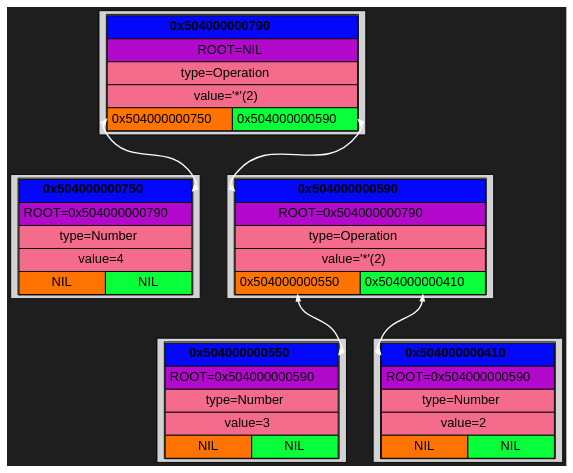
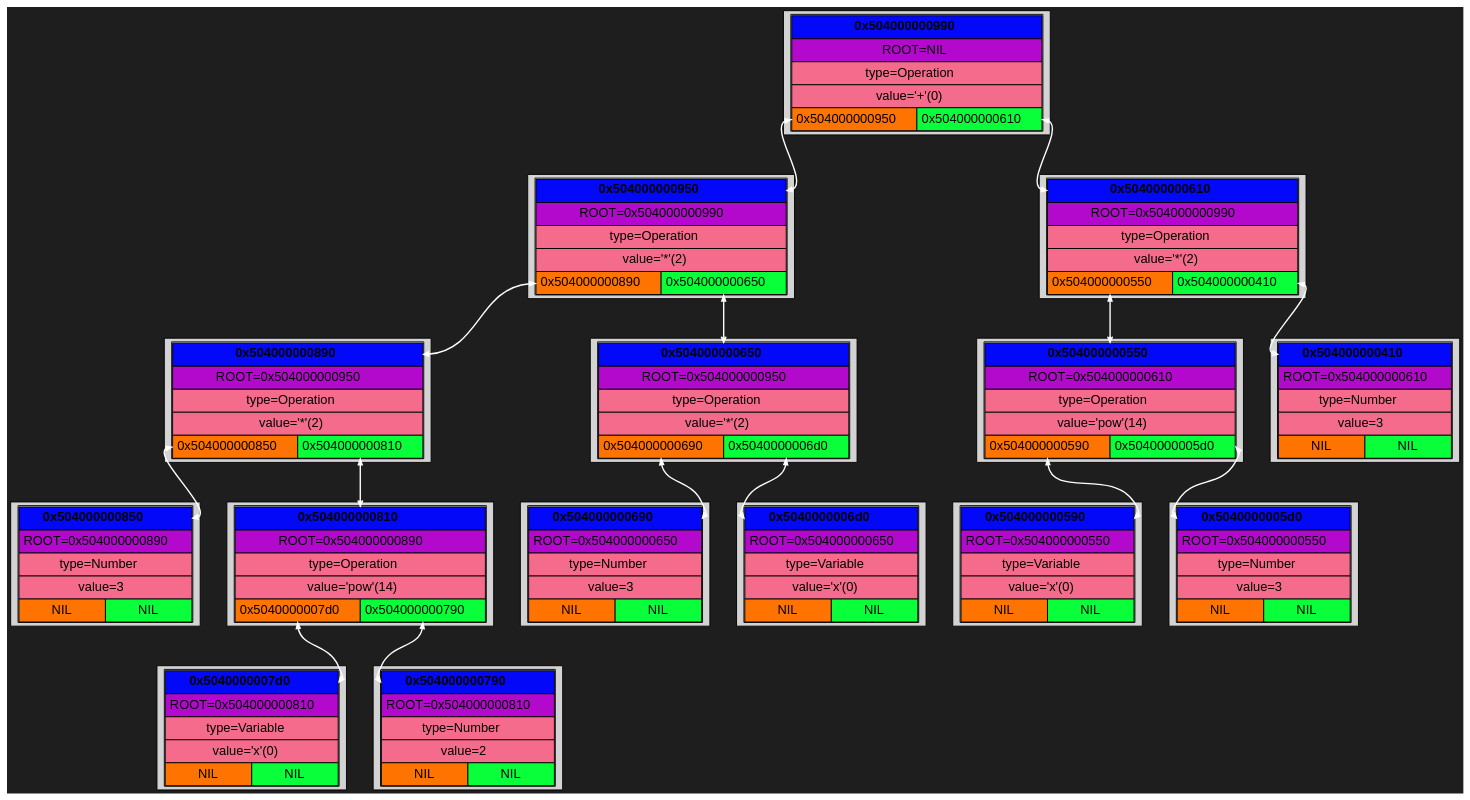
One commit to Kabuto-Mainer/Diff changed the diagram in Dump/graph.dot. Above: the diagram before and after it, drawn with Graphviz. The commit also changed 8 other files, not shown here.

```diff
--- a/Dump/graph.dot
+++ b/Dump/graph.dot
@@ -6,12 +6,132 @@
   node [shape=plaintext, style=filled, fontname="Helvetica"];
   edge [arrowhead=vee, arrowsize=0.6, penwidth=1.2];
 
-block_0x504000000750 [shape=box, label=<
+block_0x504000000850 [shape=box, label=<
 <TABLE CELLSPACING="0" CELLPADDING="4">
-<TR><TD PORT="root" BGCOLOR="#0308f9ff" COLSPAN="2"><B>0x504000000750</B></TD></TR>
-<TR><TD BGCOLOR="#b209ccff" COLSPAN="2">ROOT=0x504000000790</TD></TR>
+<TR><TD PORT="root" BGCOLOR="#0308f9ff" COLSPAN="2"><B>0x504000000850</B></TD></TR>
+<TR><TD BGCOLOR="#b209ccff" COLSPAN="2">ROOT=0x504000000890</TD></TR>
 <TR><TD BGCOLOR="#f46b8bff" COLSPAN="2">type=Number</TD></TR>
-<TR><TD BGCOLOR="#f46b8bff" COLSPAN="2">value=4</TD></TR>
+<TR><TD BGCOLOR="#f46b8bff" COLSPAN="2">value=3</TD></TR>
+<TR>
+<TD PORT="left" BGCOLOR="#ff7301ff">NIL</TD>
+<TD PORT="right" BGCOLOR="#08ff3aff">NIL</TD>
+</TR>
+</TABLE> >];
+
+block_0x5040000007d0 [shape=box, label=<
+<TABLE CELLSPACING="0" CELLPADDING="4">
+<TR><TD PORT="root" BGCOLOR="#0308f9ff" COLSPAN="2"><B>0x5040000007d0</B></TD></TR>
+<TR><TD BGCOLOR="#b209ccff" COLSPAN="2">ROOT=0x504000000810</TD></TR>
+<TR><TD BGCOLOR="#f46b8bff" COLSPAN="2">type=Variable</TD></TR>
+<TR><TD BGCOLOR="#f46b8bff" COLSPAN="2">value='x'(0)</TD></TR>
+<TR>
+<TD PORT="left" BGCOLOR="#ff7301ff">NIL</TD>
+<TD PORT="right" BGCOLOR="#08ff3aff">NIL</TD>
+</TR>
+</TABLE> >];
+
+block_0x504000000790 [shape=box, label=<
+<TABLE CELLSPACING="0" CELLPADDING="4">
+<TR><TD PORT="root" BGCOLOR="#0308f9ff" COLSPAN="2"><B>0x504000000790</B></TD></TR>
+<TR><TD BGCOLOR="#b209ccff" COLSPAN="2">ROOT=0x504000000810</TD></TR>
+<TR><TD BGCOLOR="#f46b8bff" COLSPAN="2">type=Number</TD></TR>
+<TR><TD BGCOLOR="#f46b8bff" COLSPAN="2">value=2</TD></TR>
+<TR>
+<TD PORT="left" BGCOLOR="#ff7301ff">NIL</TD>
+<TD PORT="right" BGCOLOR="#08ff3aff">NIL</TD>
+</TR>
+</TABLE> >];
+
+block_0x504000000810 [shape=box, label=<
+<TABLE CELLSPACING="0" CELLPADDING="4">
+<TR><TD PORT="root" BGCOLOR="#0308f9ff" COLSPAN="2"><B>0x504000000810</B></TD></TR>
+<TR><TD BGCOLOR="#b209ccff" COLSPAN="2">ROOT=0x504000000890</TD></TR>
+<TR><TD BGCOLOR="#f46b8bff" COLSPAN="2">type=Operation</TD></TR>
+<TR><TD BGCOLOR="#f46b8bff" COLSPAN="2">value='pow'(14)</TD></TR>
+<TR>
+<TD PORT="left" BGCOLOR="#ff7301ff">0x5040000007d0</TD>
+<TD PORT="right" BGCOLOR="#08ff3aff">0x504000000790</TD>
+</TR>
+</TABLE> >];
+
+block_0x504000000890 [shape=box, label=<
+<TABLE CELLSPACING="0" CELLPADDING="4">
+<TR><TD PORT="root" BGCOLOR="#0308f9ff" COLSPAN="2"><B>0x504000000890</B></TD></TR>
+<TR><TD BGCOLOR="#b209ccff" COLSPAN="2">ROOT=0x504000000950</TD></TR>
+<TR><TD BGCOLOR="#f46b8bff" COLSPAN="2">type=Operation</TD></TR>
+<TR><TD BGCOLOR="#f46b8bff" COLSPAN="2">value='*'(2)</TD></TR>
+<TR>
+<TD PORT="left" BGCOLOR="#ff7301ff">0x504000000850</TD>
+<TD PORT="right" BGCOLOR="#08ff3aff">0x504000000810</TD>
+</TR>
+</TABLE> >];
+
+block_0x504000000690 [shape=box, label=<
+<TABLE CELLSPACING="0" CELLPADDING="4">
+<TR><TD PORT="root" BGCOLOR="#0308f9ff" COLSPAN="2"><B>0x504000000690</B></TD></TR>
+<TR><TD BGCOLOR="#b209ccff" COLSPAN="2">ROOT=0x504000000650</TD></TR>
+<TR><TD BGCOLOR="#f46b8bff" COLSPAN="2">type=Number</TD></TR>
+<TR><TD BGCOLOR="#f46b8bff" COLSPAN="2">value=3</TD></TR>
+<TR>
+<TD PORT="left" BGCOLOR="#ff7301ff">NIL</TD>
+<TD PORT="right" BGCOLOR="#08ff3aff">NIL</TD>
+</TR>
+</TABLE> >];
+
+block_0x5040000006d0 [shape=box, label=<
+<TABLE CELLSPACING="0" CELLPADDING="4">
+<TR><TD PORT="root" BGCOLOR="#0308f9ff" COLSPAN="2"><B>0x5040000006d0</B></TD></TR>
+<TR><TD BGCOLOR="#b209ccff" COLSPAN="2">ROOT=0x504000000650</TD></TR>
+<TR><TD BGCOLOR="#f46b8bff" COLSPAN="2">type=Variable</TD></TR>
+<TR><TD BGCOLOR="#f46b8bff" COLSPAN="2">value='x'(0)</TD></TR>
+<TR>
+<TD PORT="left" BGCOLOR="#ff7301ff">NIL</TD>
+<TD PORT="right" BGCOLOR="#08ff3aff">NIL</TD>
+</TR>
+</TABLE> >];
+
+block_0x504000000650 [shape=box, label=<
+<TABLE CELLSPACING="0" CELLPADDING="4">
+<TR><TD PORT="root" BGCOLOR="#0308f9ff" COLSPAN="2"><B>0x504000000650</B></TD></TR>
+<TR><TD BGCOLOR="#b209ccff" COLSPAN="2">ROOT=0x504000000950</TD></TR>
+<TR><TD BGCOLOR="#f46b8bff" COLSPAN="2">type=Operation</TD></TR>
+<TR><TD BGCOLOR="#f46b8bff" COLSPAN="2">value='*'(2)</TD></TR>
+<TR>
+<TD PORT="left" BGCOLOR="#ff7301ff">0x504000000690</TD>
+<TD PORT="right" BGCOLOR="#08ff3aff">0x5040000006d0</TD>
+</TR>
+</TABLE> >];
+
+block_0x504000000950 [shape=box, label=<
+<TABLE CELLSPACING="0" CELLPADDING="4">
+<TR><TD PORT="root" BGCOLOR="#0308f9ff" COLSPAN="2"><B>0x504000000950</B></TD></TR>
+<TR><TD BGCOLOR="#b209ccff" COLSPAN="2">ROOT=0x504000000990</TD></TR>
+<TR><TD BGCOLOR="#f46b8bff" COLSPAN="2">type=Operation</TD></TR>
+<TR><TD BGCOLOR="#f46b8bff" COLSPAN="2">value='*'(2)</TD></TR>
+<TR>
+<TD PORT="left" BGCOLOR="#ff7301ff">0x504000000890</TD>
+<TD PORT="right" BGCOLOR="#08ff3aff">0x504000000650</TD>
+</TR>
+</TABLE> >];
+
+block_0x504000000590 [shape=box, label=<
+<TABLE CELLSPACING="0" CELLPADDING="4">
+<TR><TD PORT="root" BGCOLOR="#0308f9ff" COLSPAN="2"><B>0x504000000590</B></TD></TR>
+<TR><TD BGCOLOR="#b209ccff" COLSPAN="2">ROOT=0x504000000550</TD></TR>
+<TR><TD BGCOLOR="#f46b8bff" COLSPAN="2">type=Variable</TD></TR>
+<TR><TD BGCOLOR="#f46b8bff" COLSPAN="2">value='x'(0)</TD></TR>
+<TR>
+<TD PORT="left" BGCOLOR="#ff7301ff">NIL</TD>
+<TD PORT="right" BGCOLOR="#08ff3aff">NIL</TD>
+</TR>
+</TABLE> >];
+
+block_0x5040000005d0 [shape=box, label=<
+<TABLE CELLSPACING="0" CELLPADDING="4">
+<TR><TD PORT="root" BGCOLOR="#0308f9ff" COLSPAN="2"><B>0x5040000005d0</B></TD></TR>
+<TR><TD BGCOLOR="#b209ccff" COLSPAN="2">ROOT=0x504000000550</TD></TR>
+<TR><TD BGCOLOR="#f46b8bff" COLSPAN="2">type=Number</TD></TR>
+<TR><TD BGCOLOR="#f46b8bff" COLSPAN="2">value=3</TD></TR>
 <TR>
 <TD PORT="left" BGCOLOR="#ff7301ff">NIL</TD>
 <TD PORT="right" BGCOLOR="#08ff3aff">NIL</TD>
@@ -21,7 +141,19 @@
 block_0x504000000550 [shape=box, label=<
 <TABLE CELLSPACING="0" CELLPADDING="4">
 <TR><TD PORT="root" BGCOLOR="#0308f9ff" COLSPAN="2"><B>0x504000000550</B></TD></TR>
-<TR><TD BGCOLOR="#b209ccff" COLSPAN="2">ROOT=0x504000000590</TD></TR>
+<TR><TD BGCOLOR="#b209ccff" COLSPAN="2">ROOT=0x504000000610</TD></TR>
+<TR><TD BGCOLOR="#f46b8bff" COLSPAN="2">type=Operation</TD></TR>
+<TR><TD BGCOLOR="#f46b8bff" COLSPAN="2">value='pow'(14)</TD></TR>
+<TR>
+<TD PORT="left" BGCOLOR="#ff7301ff">0x504000000590</TD>
+<TD PORT="right" BGCOLOR="#08ff3aff">0x5040000005d0</TD>
+</TR>
+</TABLE> >];
+
+block_0x504000000410 [shape=box, label=<
+<TABLE CELLSPACING="0" CELLPADDING="4">
+<TR><TD PORT="root" BGCOLOR="#0308f9ff" COLSPAN="2"><B>0x504000000410</B></TD></TR>
+<TR><TD BGCOLOR="#b209ccff" COLSPAN="2">ROOT=0x504000000610</TD></TR>
 <TR><TD BGCOLOR="#f46b8bff" COLSPAN="2">type=Number</TD></TR>
 <TR><TD BGCOLOR="#f46b8bff" COLSPAN="2">value=3</TD></TR>
 <TR>
@@ -30,22 +162,10 @@
 </TR>
 </TABLE> >];
 
-block_0x504000000410 [shape=box, label=<
+block_0x504000000610 [shape=box, label=<
 <TABLE CELLSPACING="0" CELLPADDING="4">
-<TR><TD PORT="root" BGCOLOR="#0308f9ff" COLSPAN="2"><B>0x504000000410</B></TD></TR>
-<TR><TD BGCOLOR="#b209ccff" COLSPAN="2">ROOT=0x504000000590</TD></TR>
-<TR><TD BGCOLOR="#f46b8bff" COLSPAN="2">type=Number</TD></TR>
-<TR><TD BGCOLOR="#f46b8bff" COLSPAN="2">value=2</TD></TR>
-<TR>
-<TD PORT="left" BGCOLOR="#ff7301ff">NIL</TD>
-<TD PORT="right" BGCOLOR="#08ff3aff">NIL</TD>
-</TR>
-</TABLE> >];
-
-block_0x504000000590 [shape=box, label=<
-<TABLE CELLSPACING="0" CELLPADDING="4">
-<TR><TD PORT="root" BGCOLOR="#0308f9ff" COLSPAN="2"><B>0x504000000590</B></TD></TR>
-<TR><TD BGCOLOR="#b209ccff" COLSPAN="2">ROOT=0x504000000790</TD></TR>
+<TR><TD PORT="root" BGCOLOR="#0308f9ff" COLSPAN="2"><B>0x504000000610</B></TD></TR>
+<TR><TD BGCOLOR="#b209ccff" COLSPAN="2">ROOT=0x504000000990</TD></TR>
 <TR><TD BGCOLOR="#f46b8bff" COLSPAN="2">type=Operation</TD></TR>
 <TR><TD BGCOLOR="#f46b8bff" COLSPAN="2">value='*'(2)</TD></TR>
 <TR>
@@ -54,21 +174,31 @@
 </TR>
 </TABLE> >];
 
-block_0x504000000790 [shape=box, label=<
+block_0x504000000990 [shape=box, label=<
 <TABLE CELLSPACING="0" CELLPADDING="4">
-<TR><TD PORT="root" BGCOLOR="#0308f9ff" COLSPAN="2"><B>0x504000000790</B></TD></TR>
+<TR><TD PORT="root" BGCOLOR="#0308f9ff" COLSPAN="2"><B>0x504000000990</B></TD></TR>
 <TR><TD BGCOLOR="#b209ccff" COLSPAN="2">ROOT=NIL</TD></TR>
 <TR><TD BGCOLOR="#f46b8bff" COLSPAN="2">type=Operation</TD></TR>
-<TR><TD BGCOLOR="#f46b8bff" COLSPAN="2">value='*'(2)</TD></TR>
+<TR><TD BGCOLOR="#f46b8bff" COLSPAN="2">value='+'(0)</TD></TR>
 <TR>
-<TD PORT="left" BGCOLOR="#ff7301ff">0x504000000750</TD>
-<TD PORT="right" BGCOLOR="#08ff3aff">0x504000000590</TD>
+<TD PORT="left" BGCOLOR="#ff7301ff">0x504000000950</TD>
+<TD PORT="right" BGCOLOR="#08ff3aff">0x504000000610</TD>
 </TR>
 </TABLE> >];
 
-block_0x504000000590:right -> block_0x504000000410:root [color="#fefefeff", penwidth = 1.5, arrowsize = 0.6, constraint = true, dir = both];
-block_0x504000000590:left -> block_0x504000000550:root [color="#ffffffff", penwidth = 1.5, arrowsize = 0.6, constraint = true, dir = both];
-block_0x504000000790:right -> block_0x504000000590:root [color="#fefefeff", penwidth = 1.5, arrowsize = 0.6, constraint = true, dir = both];
-block_0x504000000790:left -> block_0x504000000750:root [color="#ffffffff", penwidth = 1.5, arrowsize = 0.6, constraint = true, dir = both];
+block_0x504000000810:right -> block_0x504000000790:root [color="#fefefeff", penwidth = 1.5, arrowsize = 0.6, constraint = true, dir = both];
+block_0x504000000810:left -> block_0x5040000007d0:root [color="#ffffffff", penwidth = 1.5, arrowsize = 0.6, constraint = true, dir = both];
+block_0x504000000890:right -> block_0x504000000810:root [color="#fefefeff", penwidth = 1.5, arrowsize = 0.6, constraint = true, dir = both];
+block_0x504000000890:left -> block_0x504000000850:root [color="#ffffffff", penwidth = 1.5, arrowsize = 0.6, constraint = true, dir = both];
+block_0x504000000650:right -> block_0x5040000006d0:root [color="#fefefeff", penwidth = 1.5, arrowsize = 0.6, constraint = true, dir = both];
+block_0x504000000650:left -> block_0x504000000690:root [color="#ffffffff", penwidth = 1.5, arrowsize = 0.6, constraint = true, dir = both];
+block_0x504000000950:right -> block_0x504000000650:root [color="#fefefeff", penwidth = 1.5, arrowsize = 0.6, constraint = true, dir = both];
+block_0x504000000950:left -> block_0x504000000890:root [color="#ffffffff", penwidth = 1.5, arrowsize = 0.6, constraint = true, dir = both];
+block_0x504000000550:right -> block_0x5040000005d0:root [color="#fefefeff", penwidth = 1.5, arrowsize = 0.6, constraint = true, dir = both];
+block_0x504000000550:left -> block_0x504000000590:root [color="#ffffffff", penwidth = 1.5, arrowsize = 0.6, constraint = true, dir = both];
+block_0x504000000610:right -> block_0x504000000410:root [color="#fefefeff", penwidth = 1.5, arrowsize = 0.6, constraint = true, dir = both];
+block_0x504000000610:left -> block_0x504000000550:root [color="#ffffffff", penwidth = 1.5, arrowsize = 0.6, constraint = true, dir = both];
+block_0x504000000990:right -> block_0x504000000610:root [color="#fefefeff", penwidth = 1.5, arrowsize = 0.6, constraint = true, dir = both];
+block_0x504000000990:left -> block_0x504000000950:root [color="#ffffffff", penwidth = 1.5, arrowsize = 0.6, constraint = true, dir = both];
 
 }
```
